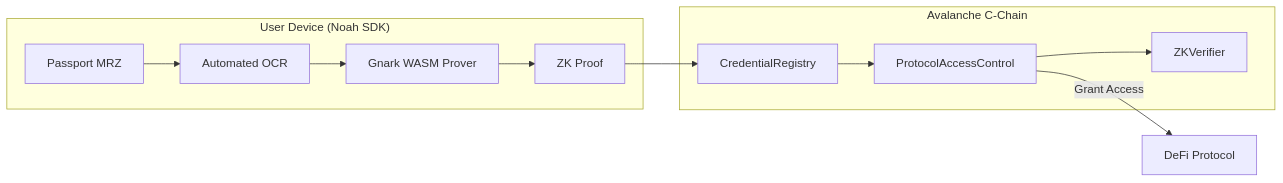
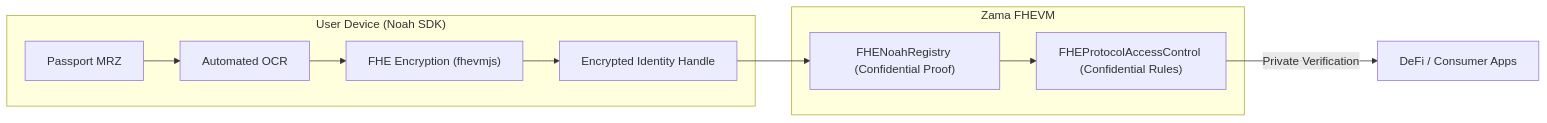
The diagram in README.md (Samuel1-ona/Noah-Zama), drawn with Mermaid before and after one commit. The commit also changed other lines of this file and 8 other files, not shown here.

````diff
--- a/README.md
+++ b/README.md
@@ -41,16 +41,15 @@
 ```mermaid
 graph LR
     subgraph Client["User Device (Noah SDK)"]
         Passport[Passport MRZ] --> OCR[Automated OCR]
-        OCR --> WASM[Gnark WASM Prover]
-        WASM --> Proof[ZK Proof]
+        OCR --> FHE["FHE Encryption (fhevmjs)"]
+        FHE --> Handle[Encrypted Identity Handle]
     end
 
-    subgraph Avalanche["Avalanche C-Chain"]
-        Proof --> Registry[CredentialRegistry]
-        Registry --> Access[ProtocolAccessControl]
-        Access --> Verifier[ZKVerifier]
+    subgraph Zama["Zama FHEVM"]
+        Handle --> Registry["FHENoahRegistry (Confidential Proof)"]
+        Registry --> Access["FHEProtocolAccessControl (Confidential Rules)"]
     end
 
-    Access --> |Grant Access| DeFi[DeFi Protocol]
+    Access --> |Private Verification| DeFi[DeFi / Consumer Apps]
 ```
````
